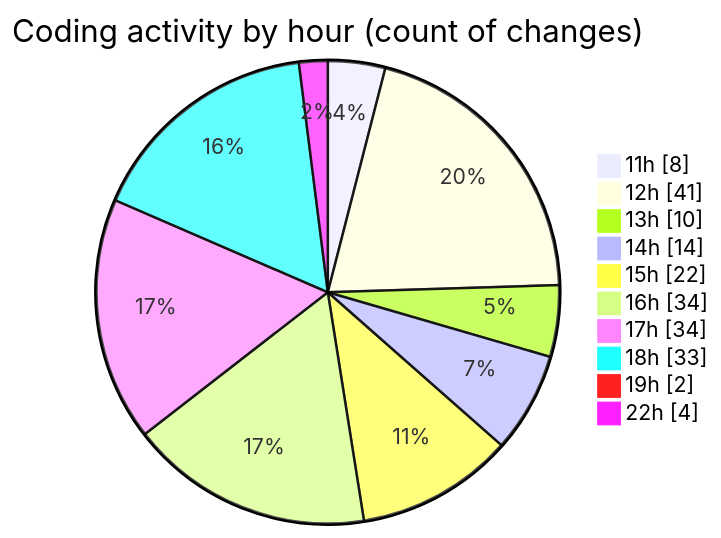
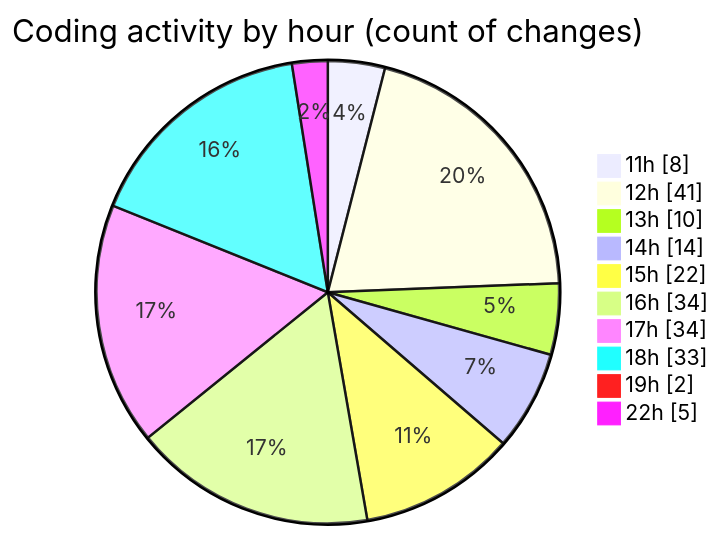
Before and after one commit to BS-eng2023/code-tracking: the second of 2 diagrams in 2025-05-04/project/README.md, drawn with Mermaid. The commit also changed other lines of this file and 1 other file, not shown here.

````diff
--- a/2025-05-04/project/README.md
+++ b/2025-05-04/project/README.md
@@ -54,14 +54,14 @@
 ```mermaid
 pie showData
 title Coding activity by hour (count of changes)
 "11h" : 8
 "12h" : 41
 "13h" : 10
 "14h" : 14
 "15h" : 22
 "16h" : 34
 "17h" : 34
 "18h" : 33
 "19h" : 2
-"22h" : 4
+"22h" : 5
 ```
````
